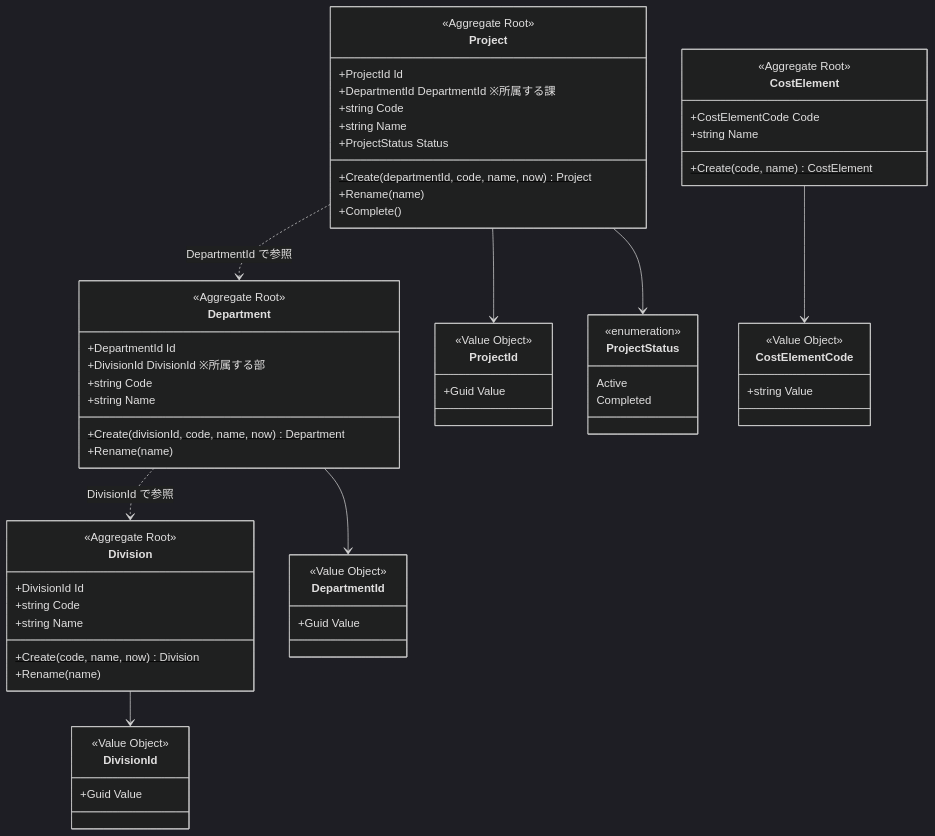
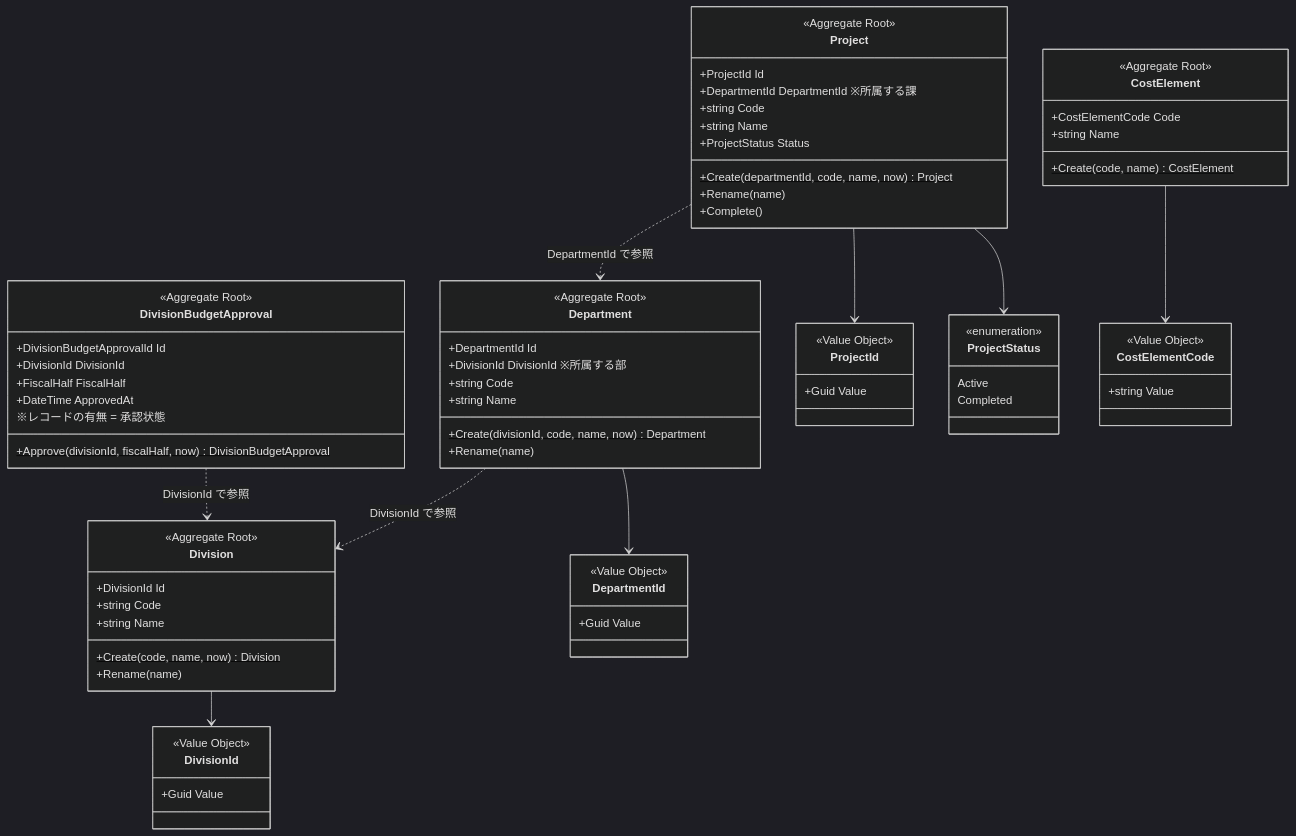
One commit to kyamanaka0923/fcpl-cost-management-system changed the sixth of 9 diagrams in docs/DESIGN.md. Above: the diagram before and after it, drawn with Mermaid (dark theme). The commit also changed other lines of this file and 3 other files, not shown here.

````diff
--- a/docs/DESIGN.md
+++ b/docs/DESIGN.md
@@ -153,65 +153,75 @@
 ```mermaid
 classDiagram
     class Division {
         <<Aggregate Root>>
         +DivisionId Id
         +string Code
         +string Name
         +Create(code, name, now) Division$
         +Rename(name)
     }
     class DivisionId {
         <<Value Object>>
         +Guid Value
+    }
+    class DivisionBudgetApproval {
+        <<Aggregate Root>>
+        +DivisionBudgetApprovalId Id
+        +DivisionId DivisionId
+        +FiscalHalf FiscalHalf
+        +DateTime ApprovedAt
+        +Approve(divisionId, fiscalHalf, now) DivisionBudgetApproval$
+        ※レコードの有無 = 承認状態
     }
     class Department {
         <<Aggregate Root>>
         +DepartmentId Id
         +DivisionId DivisionId ※所属する部
         +string Code
         +string Name
         +Create(divisionId, code, name, now) Department$
         +Rename(name)
     }
     class DepartmentId {
         <<Value Object>>
         +Guid Value
     }
     class Project {
         <<Aggregate Root>>
         +ProjectId Id
         +DepartmentId DepartmentId ※所属する課
         +string Code
         +string Name
         +ProjectStatus Status
         +Create(departmentId, code, name, now) Project$
         +Rename(name)
         +Complete()
     }
     class ProjectId {
         <<Value Object>>
         +Guid Value
     }
     class ProjectStatus {
         <<enumeration>>
         Active
         Completed
     }
     class CostElement {
         <<Aggregate Root>>
         +CostElementCode Code
         +string Name
         +Create(code, name) CostElement$
     }
     class CostElementCode {
         <<Value Object>>
         +string Value
     }
     Division --> DivisionId
+    DivisionBudgetApproval ..> Division : DivisionId で参照
     Department --> DepartmentId
     Department ..> Division : DivisionId で参照
     Project --> ProjectId
     Project --> ProjectStatus
     Project ..> Department : DepartmentId で参照
     CostElement --> CostElementCode
 ```
````
